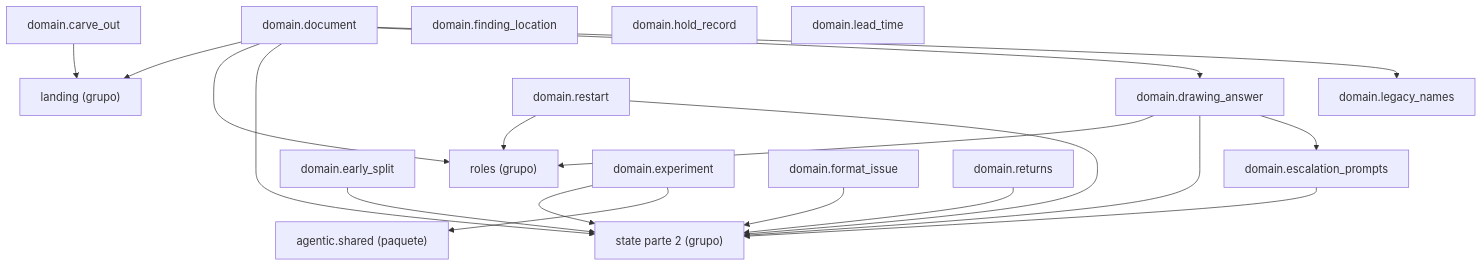
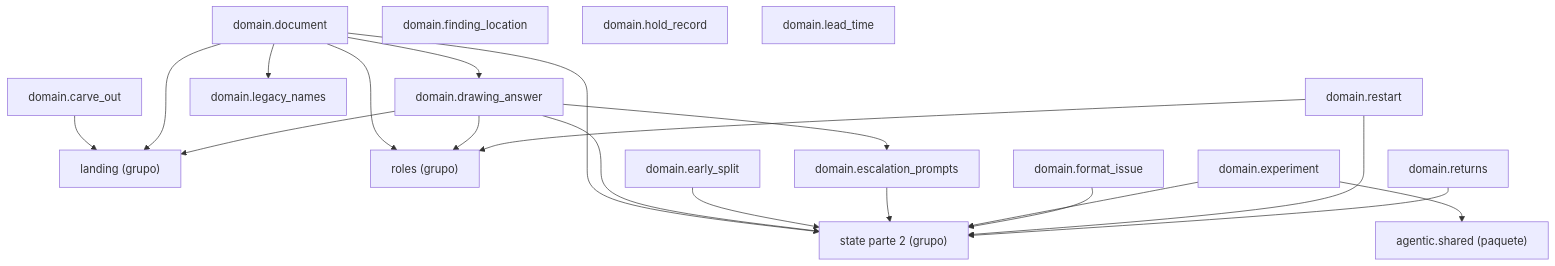
Before and after one commit to GonzaloZevallos/agentic-system: the diagram in docs/architecture/generated/packages-process-domain-state-1.md, drawn with Mermaid.

Commit message:
Regenerate the class diagram for drawing_answer's new imports

````diff
--- a/docs/architecture/generated/packages-process-domain-state-1.md
+++ b/docs/architecture/generated/packages-process-domain-state-1.md
@@ -12,37 +12,38 @@
 ```mermaid
 graph TD
     g_domain__landing["landing (grupo)"]
     g_domain__roles["roles (grupo)"]
     g_domain__state__2["state parte 2 (grupo)"]
     g_pkg__agentic__shared["agentic.shared (paquete)"]
     m_domain__carve_out["domain.carve_out"]
     m_domain__document["domain.document"]
     m_domain__drawing_answer["domain.drawing_answer"]
     m_domain__early_split["domain.early_split"]
     m_domain__escalation_prompts["domain.escalation_prompts"]
     m_domain__experiment["domain.experiment"]
     m_domain__finding_location["domain.finding_location"]
     m_domain__format_issue["domain.format_issue"]
     m_domain__hold_record["domain.hold_record"]
     m_domain__lead_time["domain.lead_time"]
     m_domain__legacy_names["domain.legacy_names"]
     m_domain__restart["domain.restart"]
     m_domain__returns["domain.returns"]
     m_domain__carve_out --> g_domain__landing
     m_domain__document --> g_domain__landing
     m_domain__document --> g_domain__roles
     m_domain__document --> g_domain__state__2
     m_domain__document --> m_domain__drawing_answer
     m_domain__document --> m_domain__legacy_names
+    m_domain__drawing_answer --> g_domain__landing
     m_domain__drawing_answer --> g_domain__roles
     m_domain__drawing_answer --> g_domain__state__2
     m_domain__drawing_answer --> m_domain__escalation_prompts
     m_domain__early_split --> g_domain__state__2
     m_domain__escalation_prompts --> g_domain__state__2
     m_domain__experiment --> g_domain__state__2
     m_domain__experiment --> g_pkg__agentic__shared
     m_domain__format_issue --> g_domain__state__2
     m_domain__restart --> g_domain__roles
     m_domain__restart --> g_domain__state__2
     m_domain__returns --> g_domain__state__2
 ```
````
